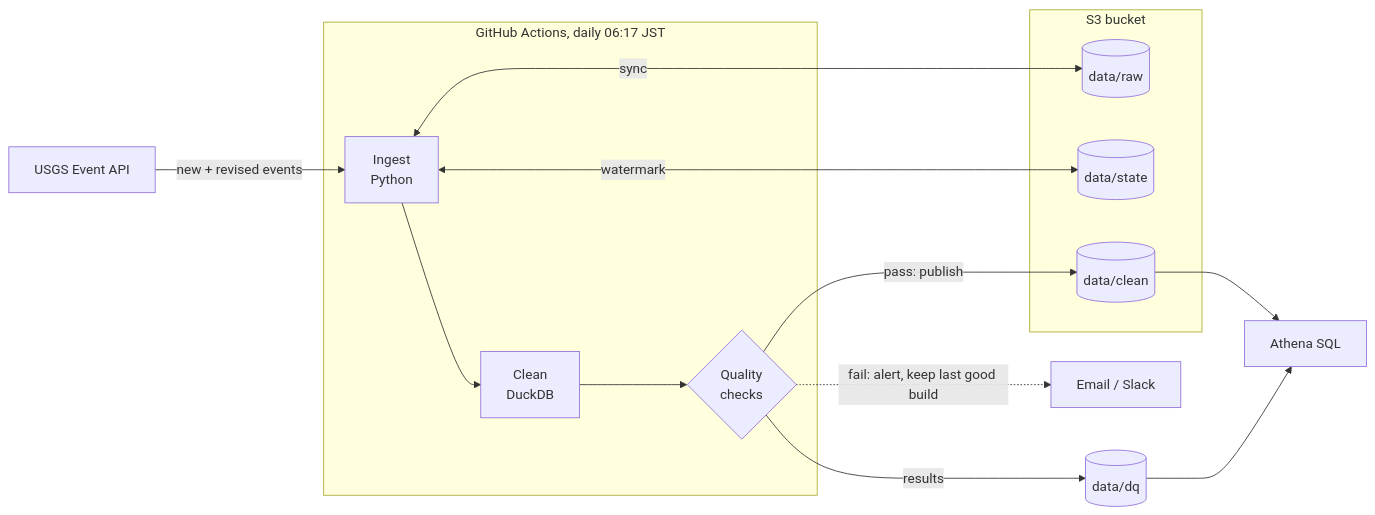
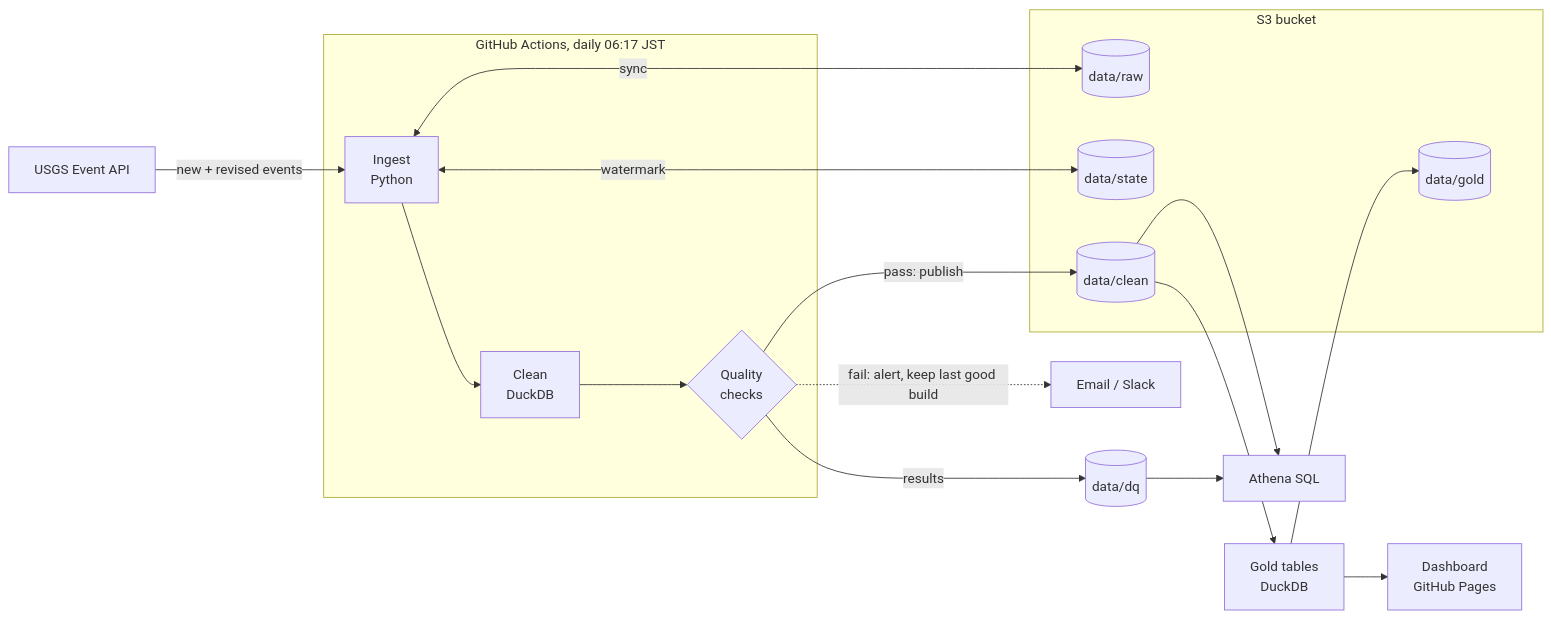
The diagram in README.md (grbohanec/quake-pipeline), drawn with Mermaid before and after one commit. The commit also changed other lines of this file and 6 other files, not shown here.

First line of the commit message:
Gold layer and daily dashboard deploy to GitHub Pages

````diff
--- a/README.md
+++ b/README.md
@@ -12,22 +14,25 @@
 ```mermaid
 flowchart LR
     usgs[USGS Event API] -->|new + revised events| ingest
 
     subgraph gha [GitHub Actions, daily 06:17 JST]
         ingest[Ingest<br/>Python] --> clean[Clean<br/>DuckDB] --> dq{Quality<br/>checks}
     end
 
     subgraph s3 [S3 bucket]
         raw[(data/raw)]
         state[(data/state)]
         cleaned[(data/clean)]
+        goldl[(data/gold)]
     end
 
     ingest <-->|sync| raw
     ingest <-->|watermark| state
     dq -->|pass: publish| cleaned
     dq -.->|fail: alert, keep last good build| alert[Email / Slack]
     dq -->|results| dqres[(data/dq)]
     cleaned --> athena[Athena SQL]
     dqres --> athena
+    cleaned --> gold[Gold tables<br/>DuckDB] --> goldl
+    gold --> pages[Dashboard<br/>GitHub Pages]
 ```
````
